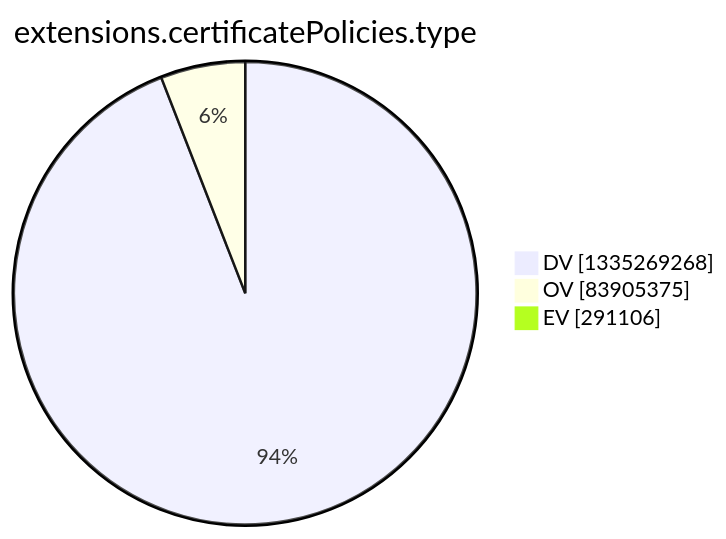
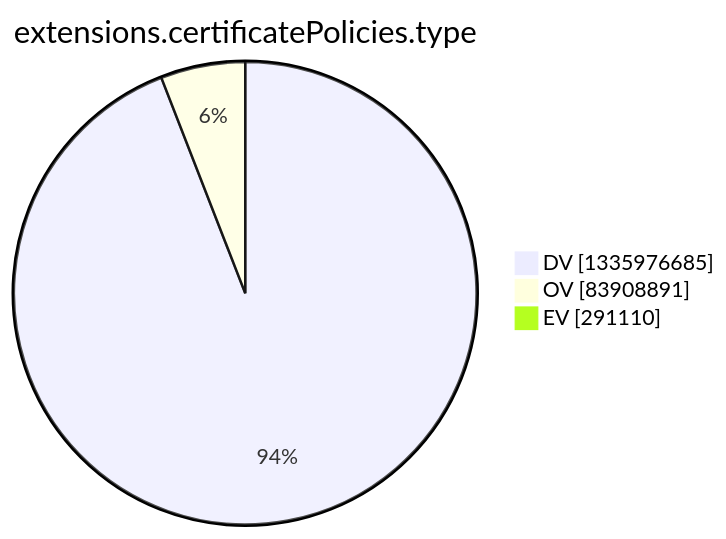
The tenth of 15 diagrams in argon2022/README.md (christiankrug/ctmonitor_visualization), drawn with Mermaid before and after one commit. The commit also changed other lines of this file, not shown here.

````diff
--- a/argon2022/README.md
+++ b/argon2022/README.md
@@ -2773,7 +2773,7 @@
 ```mermaid
 pie showData
 title extensions.certificatePolicies.type
-"DV" :1335269268
-"OV" :83905375
-"EV" :291106
+"DV" :1335976685
+"OV" :83908891
+"EV" :291110
 ```
````
